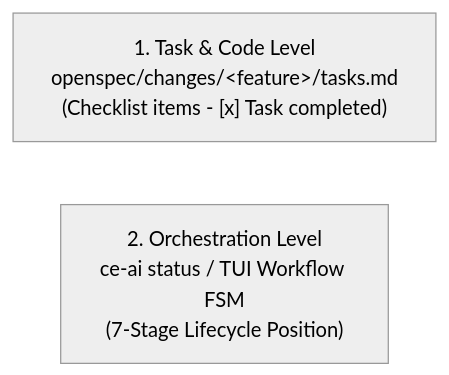
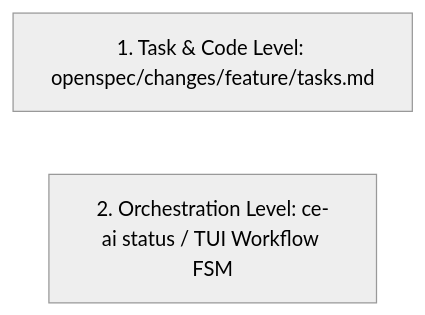
The third of 3 diagrams in docs/user-guide/compound-engineering-workflow-explained.md (mastepanoski/ce-ai), drawn with Mermaid (neutral theme) before and after one commit. The commit also changed other lines of this file, not shown here.

Commit message:
fix(docs): quote Mermaid diagram link labels to fix GitHub rendering parse error

````diff
--- a/docs/user-guide/compound-engineering-workflow-explained.md
+++ b/docs/user-guide/compound-engineering-workflow-explained.md
@@ -103,5 +103,5 @@
 ```mermaid
 flowchart LR
-    TASK_LEVEL["1. Task & Code Level<br/>openspec/changes/&lt;feature&gt;/tasks.md<br/>(Checklist items - [x] Task completed)"]
-    WORKFLOW_LEVEL["2. Orchestration Level<br/>ce-ai status / TUI Workflow FSM<br/>(7-Stage Lifecycle Position)"]
+    TASK_LEVEL["1. Task & Code Level: openspec/changes/feature/tasks.md"]
+    WORKFLOW_LEVEL["2. Orchestration Level: ce-ai status / TUI Workflow FSM"]
 ```
````
